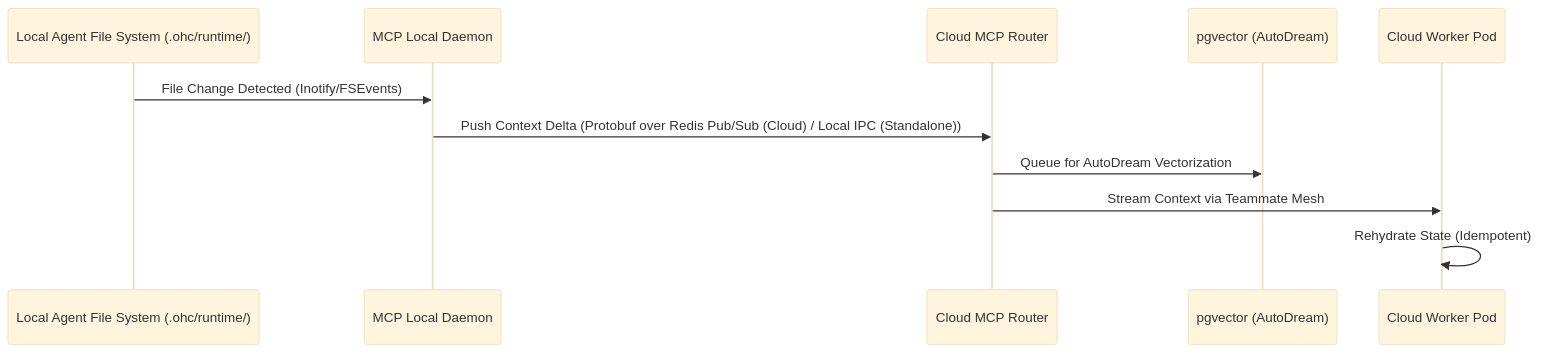
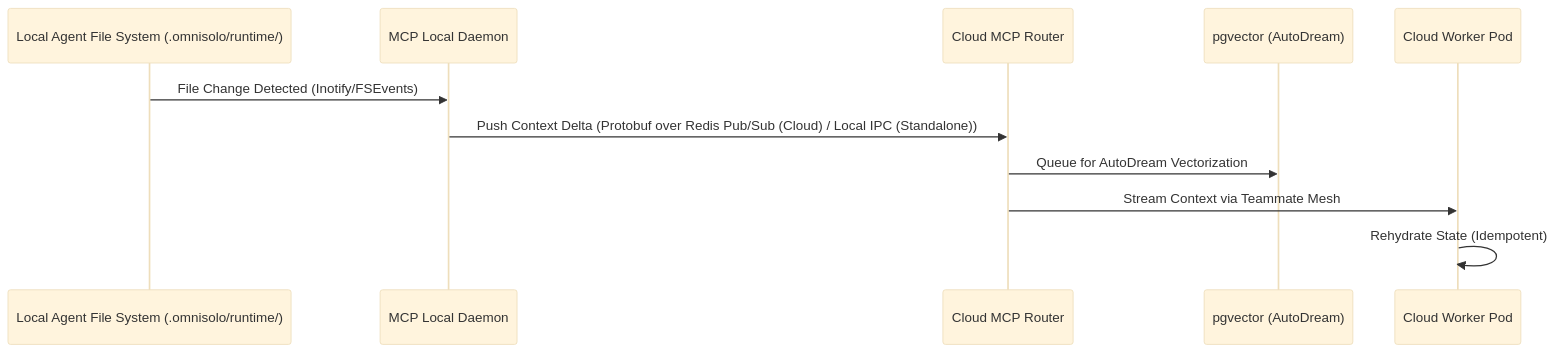
The diagram in docs/technical/walkthroughs/scribe_proactive_mcp_walkthrough.md (omnisolo-llc/onehumancorp), drawn with Mermaid (base theme) before and after one commit. The commit also changed 388 other files, not shown here.

````diff
--- a/docs/technical/walkthroughs/scribe_proactive_mcp_walkthrough.md
+++ b/docs/technical/walkthroughs/scribe_proactive_mcp_walkthrough.md
@@ -11,14 +11,14 @@
 ```mermaid
 sequenceDiagram
-    participant LocalFS as Local Agent File System (.ohc/runtime/)
+    participant LocalFS as Local Agent File System (.omnisolo/runtime/)
     participant Sync as MCP Local Daemon
     participant Router as Cloud MCP Router
     participant Vector as pgvector (AutoDream)
     participant CloudAgent as Cloud Worker Pod
 
     LocalFS->>Sync: File Change Detected (Inotify/FSEvents)
     Sync->>Router: Push Context Delta (Protobuf over Redis Pub/Sub (Cloud) / Local IPC (Standalone))
     Router->>Vector: Queue for AutoDream Vectorization
     Router->>CloudAgent: Stream Context via Teammate Mesh
     CloudAgent->>CloudAgent: Rehydrate State (Idempotent)
 ```
````
